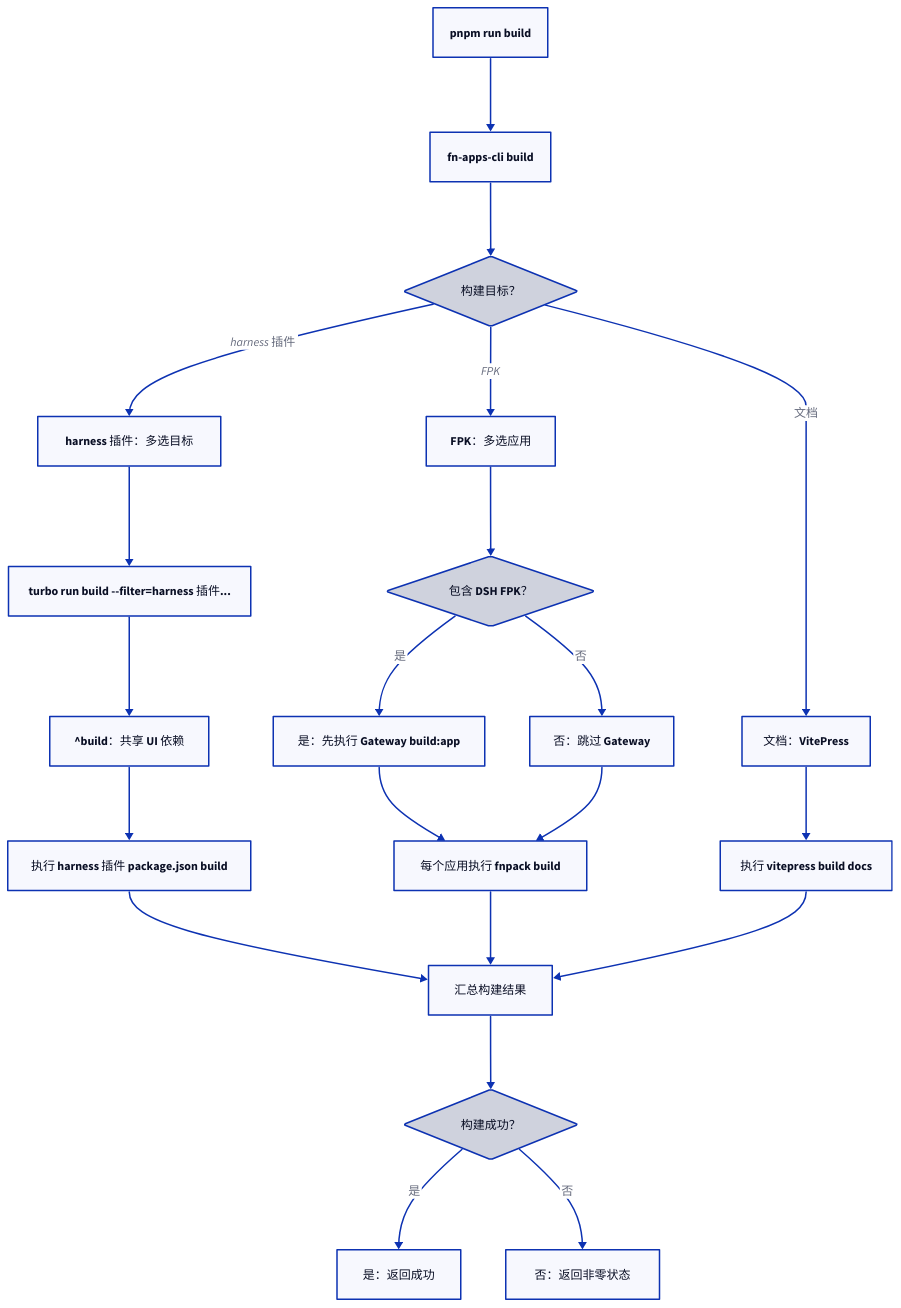
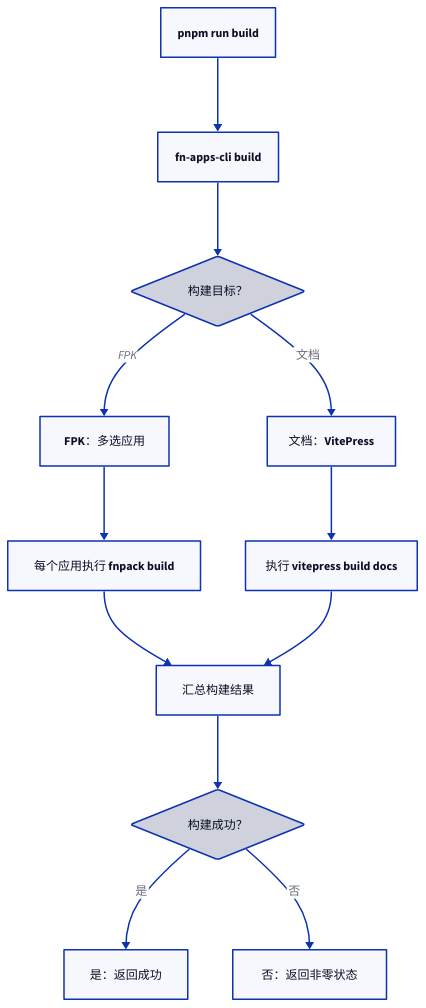
One commit to tnnevol/fn-os-apps changed the second of 12 diagrams in docs/development/package-tasks-and-turbo.md. Above: the diagram before and after it, drawn with D2. The commit also changed other lines of this file and 504 other files, not shown here.

First line of the commit message:
refactor(dsh): drop DeepSeek Harness app, plugins and docs

````diff
--- a/docs/development/package-tasks-and-turbo.md
+++ b/docs/development/package-tasks-and-turbo.md
@@ -85,47 +83,30 @@
 ```d2
 direction: down
 
 command: "pnpm run build"
 cli: "fn-apps-cli build"
 select: {
   label: "构建目标？"
   shape: diamond
 }
-plugins: "harness 插件：多选目标"
 fpk: "FPK：多选应用"
 docs: "文档：VitePress"
-pluginFilter: "turbo run build --filter=harness 插件..."
-pluginDeps: "^build：共享 UI 依赖"
-pluginRun: "执行 harness 插件 package.json build"
-fpkStatus: {
-  label: "包含 DSH FPK？"
-  shape: diamond
-}
-gateway: "是：先执行 Gateway build:app"
-fpkSkip: "否：跳过 Gateway"
 fpkRun: "每个应用执行 fnpack build"
 docsRun: "执行 vitepress build docs"
 summary: "汇总构建结果"
 status: {
   label: "构建成功？"
   shape: diamond
 }
 result: "是：返回成功"
 fail: "否：返回非零状态"
 
 command -> cli -> select
-select -> plugins: harness 插件
 select -> fpk: FPK
 select -> docs: 文档
-plugins -> pluginFilter -> pluginDeps -> pluginRun -> summary
-fpk -> fpkStatus
-fpkStatus -> gateway: 是
-fpkStatus -> fpkSkip: 否
-gateway -> fpkRun
-fpkSkip -> fpkRun
-fpkRun -> summary
+fpk -> fpkRun -> summary
 docs -> docsRun -> summary
 summary -> status
 status -> result: 是
 status -> fail: 否
 ```
````
